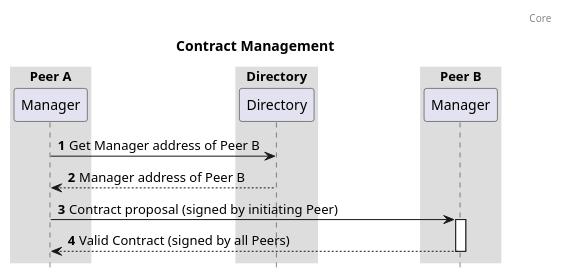
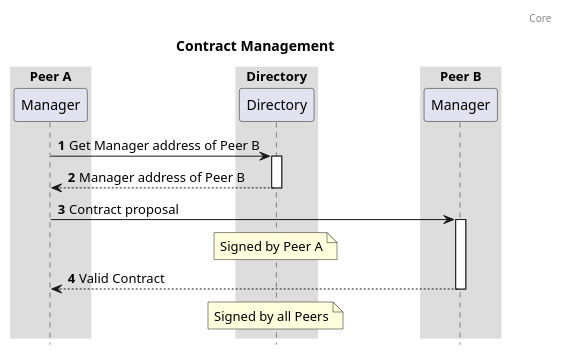
Before and after one commit to Logius-standaarden/fsc-core: the diagram in diagrams/seq-contract-management.puml, drawn with PlantUML. The commit also changed 1 other file, not shown here.

```diff
--- a/diagrams/seq-contract-management.puml
+++ b/diagrams/seq-contract-management.puml
@@ -1,26 +1,28 @@
 @startuml
 
 autonumber
 header: Core
 title: Contract Management
 
 box "Peer A"
   participant "Manager" as m1
 end box
 box "Directory"
   participant "Directory" as directory
 end box
 box "Peer B"
   participant "Manager" as m2
 end box
 
-m1 -> directory: Get Manager address of Peer B
+m1 -> directory ++ : Get Manager address of Peer B
 return Manager address of Peer B
-m1 -> m2 ++ : Contract proposal (signed by initiating Peer)
+m1 -> m2 ++ : Contract proposal
+note over directory: Signed by Peer A
 
-return Valid Contract (signed by all Peers)
+return Valid Contract
+note over directory: Signed by all Peers
 
 skinparam sequenceBoxBorderColor #transparent
 skinparam boxPadding 50
 hide footbox
 @enduml
```
